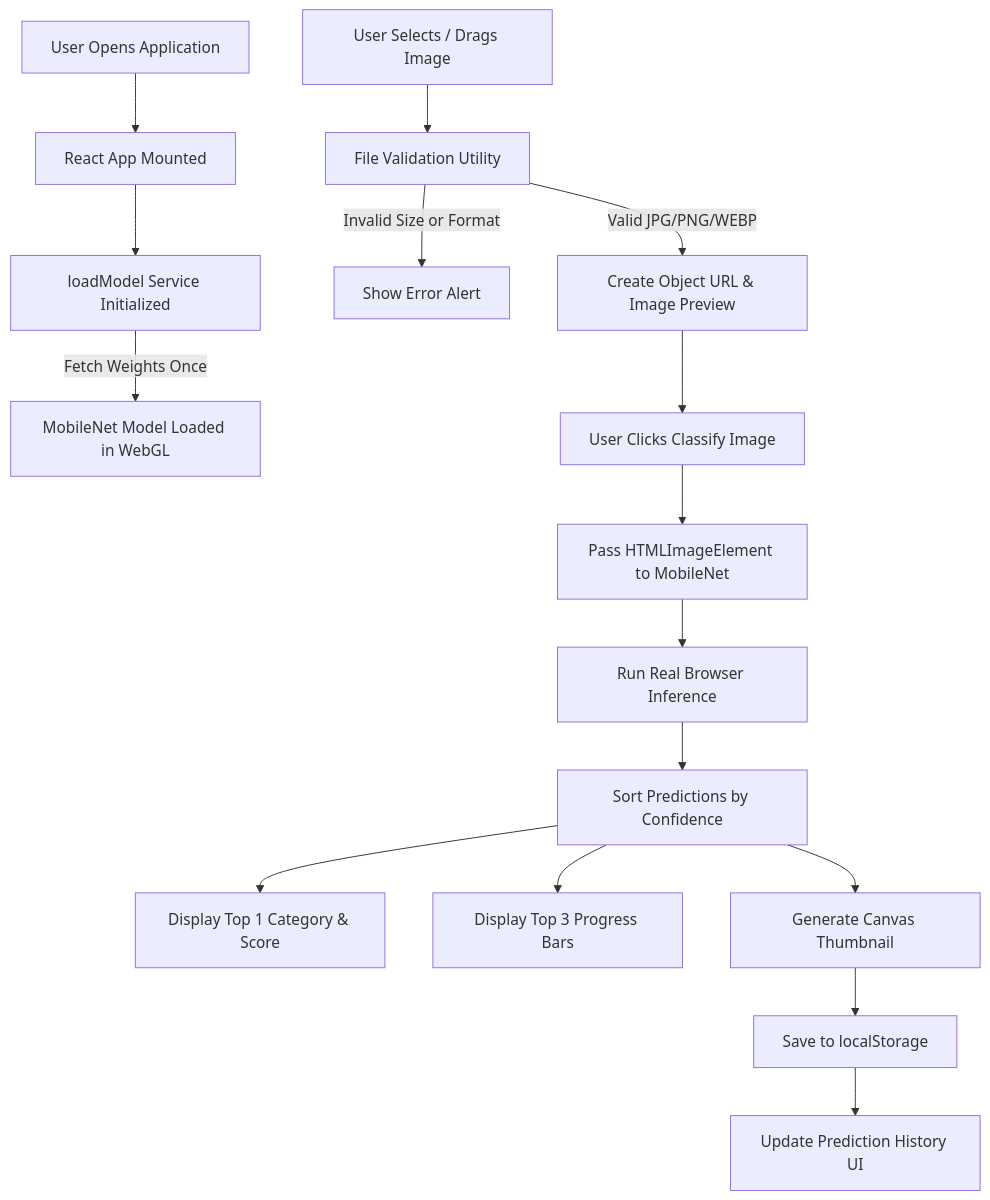
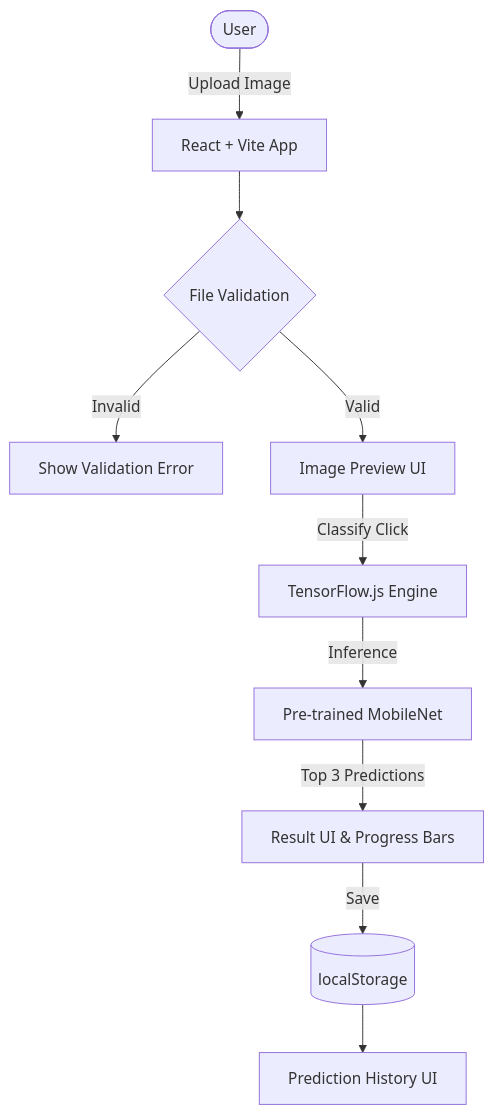
Before and after one commit to ReenaKanwar/AI-Image-Classification: the diagram in README.md, drawn with Mermaid. The commit also changed other lines of this file and 15 other files, not shown here.

````diff
--- a/README.md
+++ b/README.md
@@ -60,22 +59,12 @@
 ```mermaid
 flowchart TD
-    A[User Opens Application] --> B[React App Mounted]
-    B --> C[loadModel Service Initialized]
-    C -->|Fetch Weights Once| D[MobileNet Model Loaded in WebGL]
-    
-    E[User Selects / Drags Image] --> F[File Validation Utility]
-    F -->|Invalid Size or Format| G[Show Error Alert]
-    F -->|Valid JPG/PNG/WEBP| H[Create Object URL & Image Preview]
-    
-    H --> I[User Clicks Classify Image]
-    I --> J[Pass HTMLImageElement to MobileNet]
-    J --> K[Run Real Browser Inference]
-    K --> L[Sort Predictions by Confidence]
-    
-    L --> M[Display Top 1 Category & Score]
-    L --> N[Display Top 3 Progress Bars]
-    
-    L --> O[Generate Canvas Thumbnail]
-    O --> P[Save to localStorage]
-    P --> Q[Update Prediction History UI]
+    User([User]) -->|Upload Image| React[React + Vite App]
+    React --> Validate{File Validation}
+    Validate -->|Invalid| Error[Show Validation Error]
+    Validate -->|Valid| Preview[Image Preview UI]
+    Preview -->|Classify Click| TFJS[TensorFlow.js Engine]
+    TFJS -->|Inference| MobileNet[Pre-trained MobileNet]
+    MobileNet -->|Top 3 Predictions| Results[Result UI & Progress Bars]
+    Results -->|Save| Storage[(localStorage)]
+    Storage --> History[Prediction History UI]
 ```
````
